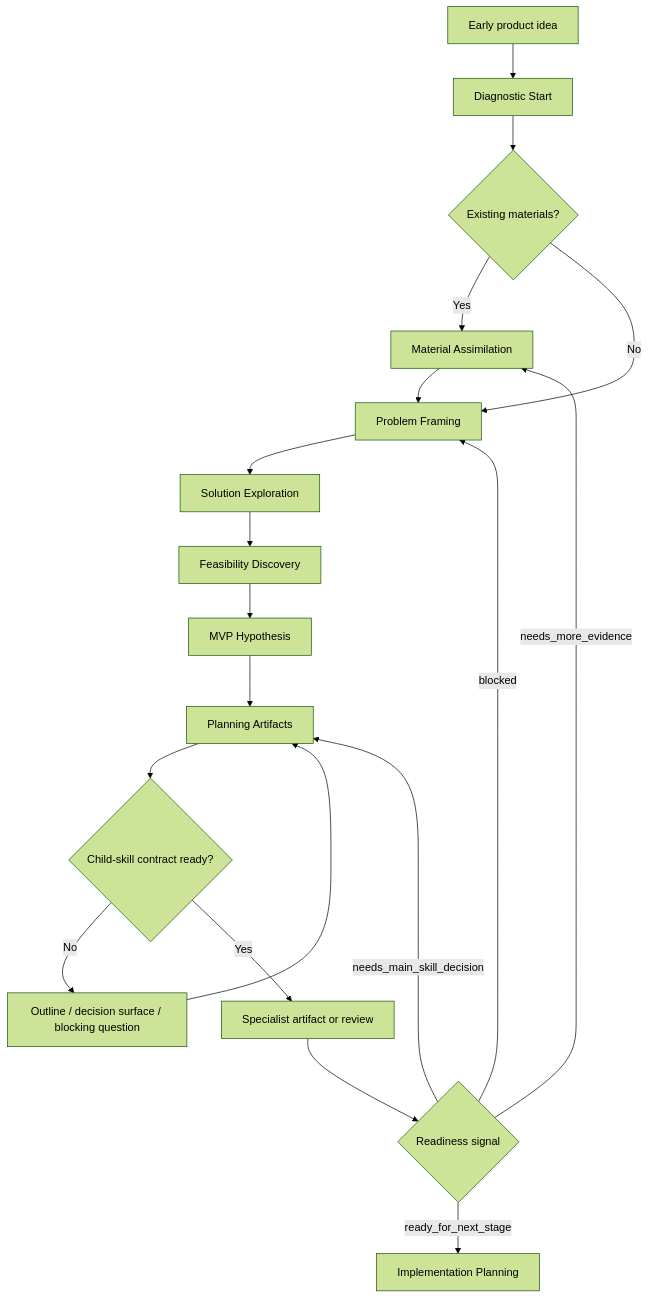
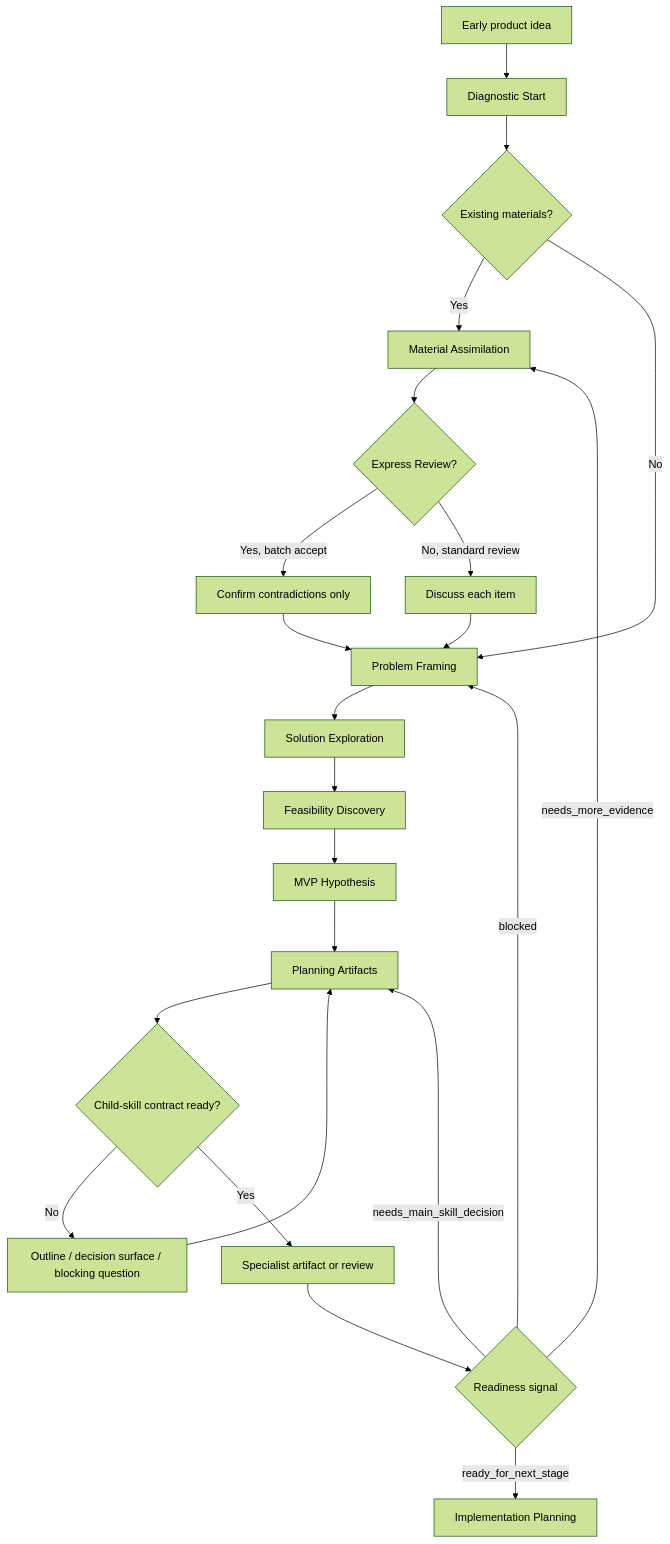
Before and after one commit to Conradgui/zero-to-one-product-discovery: the diagram in zero-to-one-product-discovery/references/workflow.md, drawn with Mermaid (forest theme). The commit also changed other lines of this file and 11 other files, not shown here.

First line of the commit message:
feat: add P0 (Auto-Persist, Quick Mode, Execution Bridge) + P1 (Dashboard, Validation, Express Review)

````diff
--- a/zero-to-one-product-discovery/references/workflow.md
+++ b/zero-to-one-product-discovery/references/workflow.md
@@ -72,21 +149,25 @@
 ```mermaid
 flowchart TD
     A[Early product idea] --> B[Diagnostic Start]
     B --> C{Existing materials?}
     C -->|Yes| D[Material Assimilation]
     C -->|No| E[Problem Framing]
-    D --> E
+    D --> D1{Express Review?}
+    D1 -->|Yes, batch accept| D2[Confirm contradictions only]
+    D2 --> E
+    D1 -->|No, standard review| D3[Discuss each item]
+    D3 --> E
     E --> F[Solution Exploration]
     F --> G[Feasibility Discovery]
     G --> H[MVP Hypothesis]
     H --> I[Planning Artifacts]
     I --> K{Child-skill contract ready?}
     K -->|No| L[Outline / decision surface / blocking question]
     L --> I
     K -->|Yes| M[Specialist artifact or review]
     M --> N{Readiness signal}
     N -->|ready_for_next_stage| J[Implementation Planning]
     N -->|needs_more_evidence| D
     N -->|needs_main_skill_decision| I
     N -->|blocked| E
 ```
````
